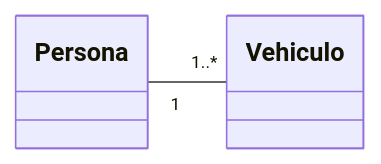
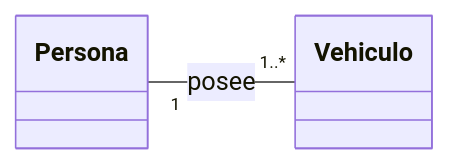
Before and after one commit to danielmartinan/entornos_desarrollo_2024-25: the fifth of 7 diagrams in UD4 - Introducción a POO, diagramas UML y diagramas de clases/ud04_2_notacion_uml_diagramas_clases.md, drawn with Mermaid. The commit also changed other lines of this file, not shown here.

````diff
--- a/UD4 - Introducción a POO, diagramas UML y diagramas de clases/ud04_2_notacion_uml_diagramas_clases.md
+++ b/UD4 - Introducción a POO, diagramas UML y diagramas de clases/ud04_2_notacion_uml_diagramas_clases.md
@@ -63,9 +115,9 @@
 ``` mermaid
 classDiagram
     direction LR
 
     class Persona
     class Vehiculo
 
-    Persona "1" -- "1..*" Vehiculo
+    Persona "1" -- "1..*" Vehiculo: posee
 ```
````
